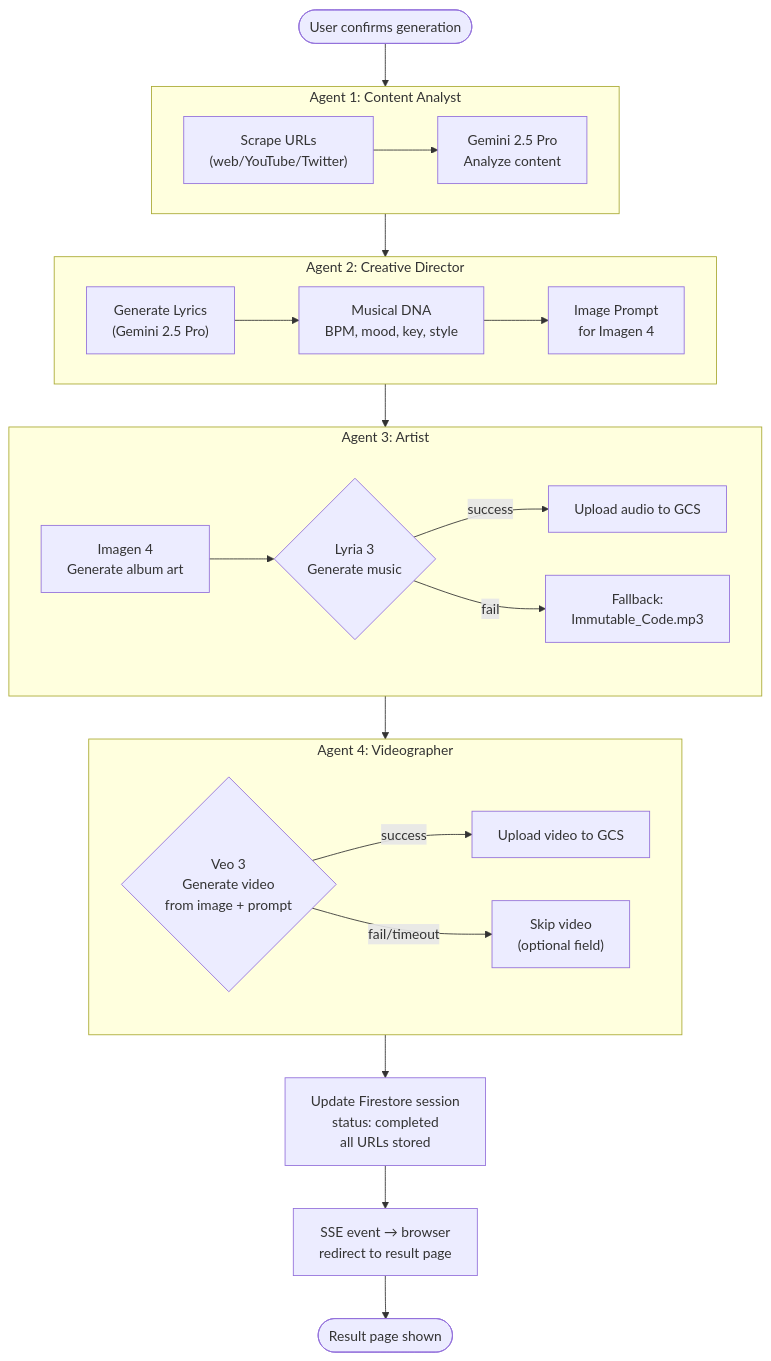
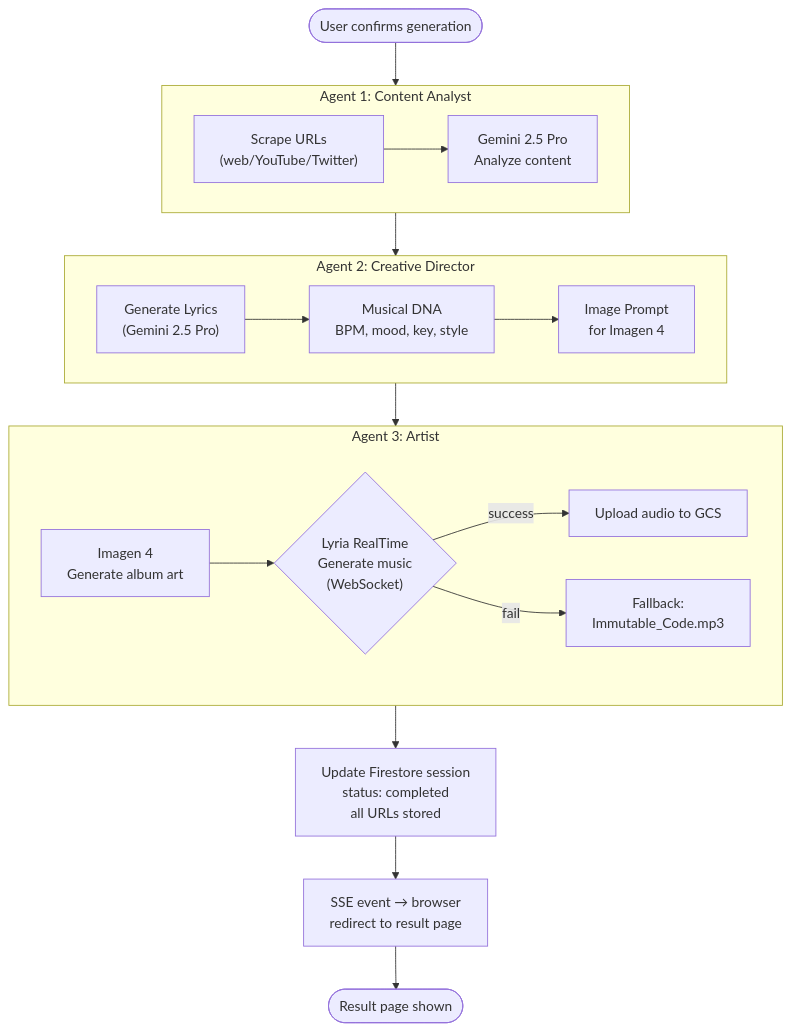
Before and after one commit to BLTC-520/google-live-agent-Echo: the third of 3 diagrams in system-architecture.md, drawn with Mermaid. The commit also changed other lines of this file and 10 other files, not shown here.

````diff
--- a/system-architecture.md
+++ b/system-architecture.md
@@ -135,45 +133,35 @@
 ```mermaid
 flowchart TD
     START([User confirms generation]) --> A1
 
     subgraph A1["Agent 1: Content Analyst"]
         SA["Scrape URLs\n(web/YouTube/Twitter)"]
         GA["Gemini 2.5 Pro\nAnalyze content"]
         SA --> GA
     end
 
     A1 --> A2
 
     subgraph A2["Agent 2: Creative Director"]
         LD["Generate Lyrics\n(Gemini 2.5 Pro)"]
         MD["Musical DNA\nBPM, mood, key, style"]
         IP["Image Prompt\nfor Imagen 4"]
         LD --> MD --> IP
     end
 
     A2 --> A3
 
     subgraph A3["Agent 3: Artist"]
         IG["Imagen 4\nGenerate album art"]
-        LY{"Lyria 3\nGenerate music"}
+        LY{"Lyria RealTime\nGenerate music\n(WebSocket)"}
         LY_OK["Upload audio to GCS"]
         LY_FB["Fallback:\nImmutable_Code.mp3"]
         IG --> LY
         LY -->|success| LY_OK
         LY -->|fail| LY_FB
     end
 
-    A3 --> A4
-
-    subgraph A4["Agent 4: Videographer"]
-        VEO{"Veo 3\nGenerate video\nfrom image + prompt"}
-        VEO_OK["Upload video to GCS"]
-        VEO_SKIP["Skip video\n(optional field)"]
-        VEO -->|success| VEO_OK
-        VEO -->|fail/timeout| VEO_SKIP
-    end
-
-    A4 --> SAVE["Update Firestore session\nstatus: completed\nall URLs stored"]
+    A3 --> SAVE["Update Firestore session\nstatus: completed\nall URLs stored"]
     SAVE --> SSE["SSE event → browser\nredirect to result page"]
     SSE --> DONE([Result page shown])
 ```
````
